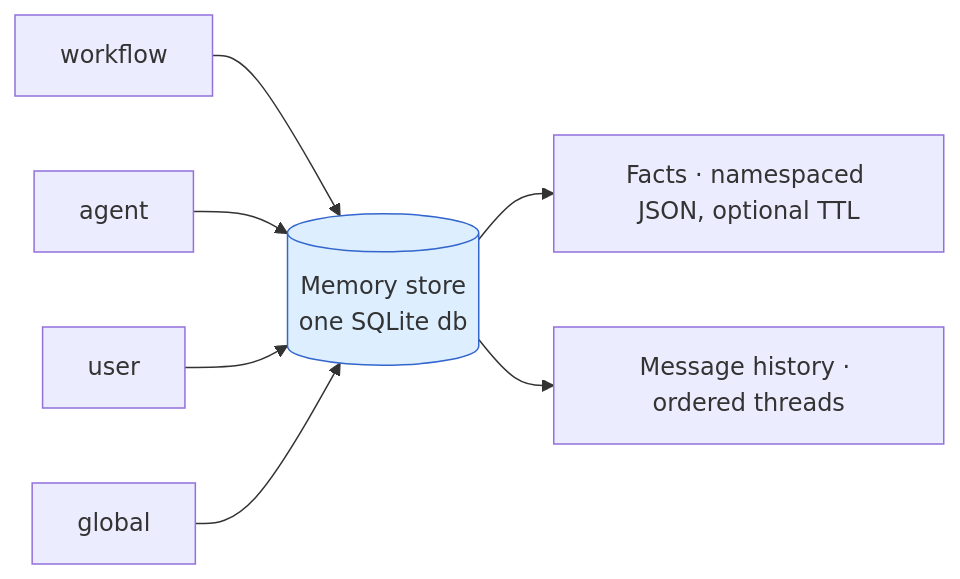
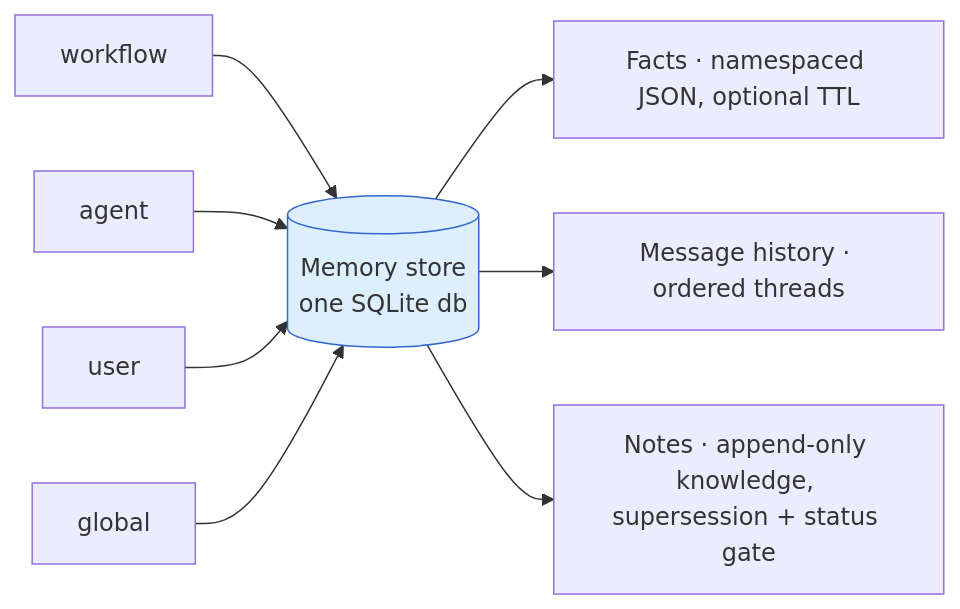
One commit to codeplaneapp/smithers changed the first of 2 diagrams in docs/concepts/memory.mdx. Above: the diagram before and after it, drawn with Mermaid. The commit also changed other lines of this file and 7 other files, not shown here.

First line of the commit message:
📝 docs(memory): document the notes API — MemoryNote types, note methods, read contract, sqlite-only bound

````diff
--- a/docs/concepts/memory.mdx
+++ b/docs/concepts/memory.mdx
@@ -10,10 +10,11 @@
 ```mermaid
 flowchart LR
   W[workflow] --> ST
   AG[agent] --> ST
   U[user] --> ST
   GL[global] --> ST
   ST[(Memory store<br/>one SQLite db)] --> F[Facts · namespaced JSON, optional TTL]
   ST --> H[Message history · ordered threads]
+  ST --> N[Notes · append-only knowledge, supersession + status gate]
   style ST fill:#def,stroke:#36c
 ```
````
